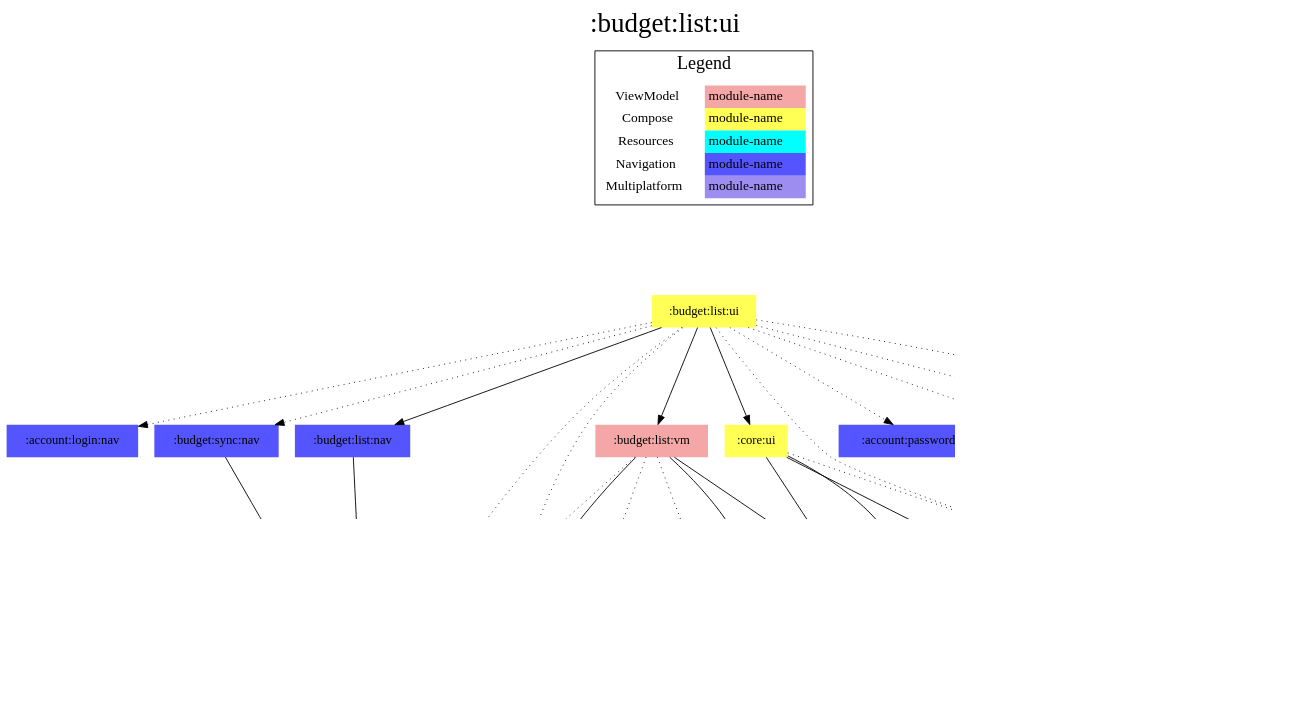
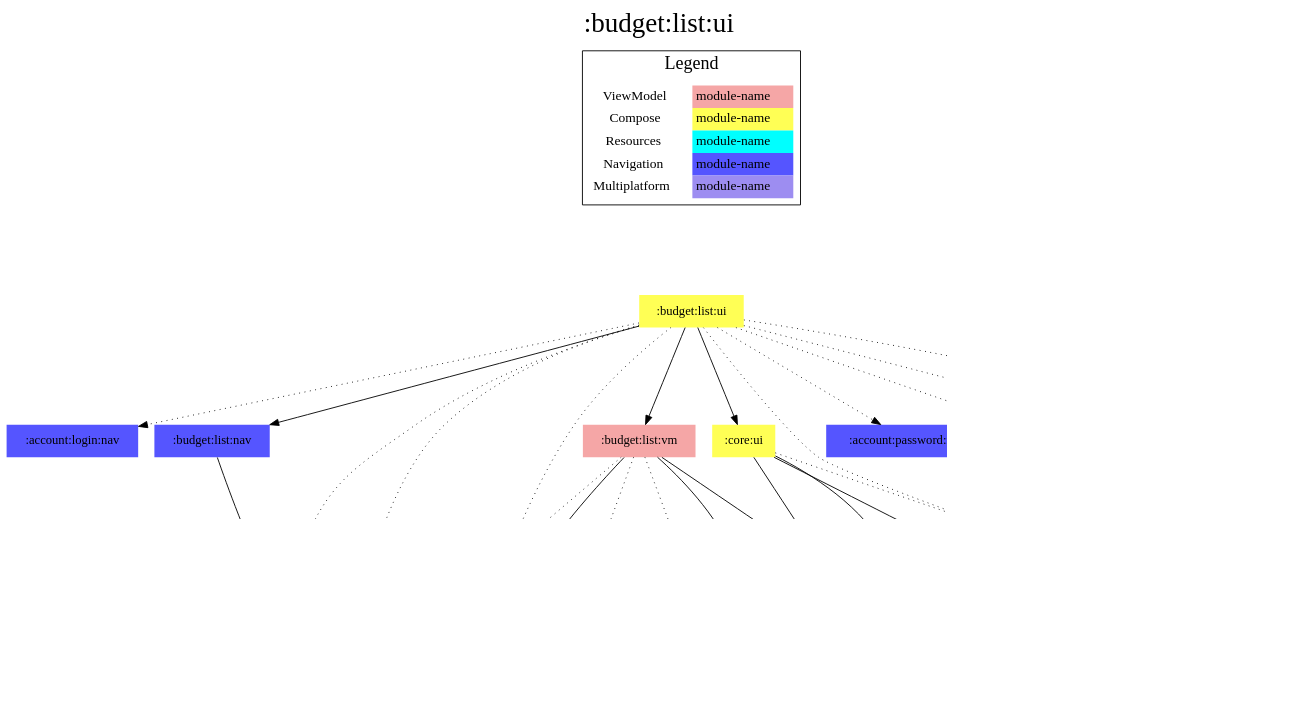
The diagram in modules/budget/list/ui/project-dependency-graph.dot (jonapoul/aktual), drawn with Graphviz before and after one commit. The commit also changed 51 other files, not shown here.

```diff
--- a/modules/budget/list/ui/project-dependency-graph.dot
+++ b/modules/budget/list/ui/project-dependency-graph.dot
@@ -1,70 +1,71 @@
 digraph {
 edge ["dir"="forward"]
 graph ["dpi"="100","label"=":budget:list:ui","labelloc"="t","fontsize"="30","ranksep"="1.5","rankdir"="TB"]
 node ["style"="filled"]
 ":account:login:nav" ["fillcolor"="#5555FF","shape"="none"]
 ":account:model" ["fillcolor"="#9D8DF1","shape"="none"]
 ":account:password:nav" ["fillcolor"="#5555FF","shape"="none"]
 ":api:actual" ["fillcolor"="#9D8DF1","shape"="none"]
 ":budget:list:nav" ["fillcolor"="#5555FF","shape"="none"]
 ":budget:list:res" ["fillcolor"="#00FFFF","shape"="none"]
 ":budget:list:ui" ["fillcolor"="#FFFF55","shape"="none"]
 ":budget:list:vm" ["fillcolor"="#F5A6A6","shape"="none"]
 ":budget:model" ["fillcolor"="#9D8DF1","shape"="none"]
 ":budget:sync:nav" ["fillcolor"="#5555FF","shape"="none"]
 ":codegen:annotation" ["fillcolor"="#9D8DF1","shape"="none"]
 ":core:colorscheme" ["fillcolor"="#9D8DF1","shape"="none"]
 ":core:res" ["fillcolor"="#00FFFF","shape"="none"]
 ":core:ui" ["fillcolor"="#FFFF55","shape"="none"]
 ":core:versions" ["fillcolor"="#9D8DF1","shape"="none"]
 ":settings:nav" ["fillcolor"="#5555FF","shape"="none"]
 ":url:model" ["fillcolor"="#9D8DF1","shape"="none"]
 ":url:nav" ["fillcolor"="#5555FF","shape"="none"]
 ":url:prefs" ["fillcolor"="#9D8DF1","shape"="none"]
 {
 edge ["dir"="none"]
 graph ["rank"="same"]
 }
 ":api:actual" -> ":account:model"
 ":api:actual" -> ":budget:model"
 ":api:actual" -> ":codegen:annotation" ["style"="dotted"]
 ":api:actual" -> ":url:model"
 ":budget:list:nav" -> ":account:model"
 ":budget:list:ui" -> ":account:login:nav" ["style"="dotted"]
 ":budget:list:ui" -> ":account:model" ["style"="dotted"]
 ":budget:list:ui" -> ":account:password:nav" ["style"="dotted"]
 ":budget:list:ui" -> ":budget:list:nav"
 ":budget:list:ui" -> ":budget:list:res" ["style"="dotted"]
 ":budget:list:ui" -> ":budget:list:vm"
 ":budget:list:ui" -> ":budget:model" ["style"="dotted"]
 ":budget:list:ui" -> ":budget:sync:nav" ["style"="dotted"]
 ":budget:list:ui" -> ":core:res" ["style"="dotted"]
 ":budget:list:ui" -> ":core:ui"
 ":budget:list:ui" -> ":settings:nav" ["style"="dotted"]
 ":budget:list:ui" -> ":url:nav" ["style"="dotted"]
 ":budget:list:vm" -> ":account:model" ["style"="dotted"]
 ":budget:list:vm" -> ":api:actual" ["style"="dotted"]
 ":budget:list:vm" -> ":budget:model"
 ":budget:list:vm" -> ":core:versions"
 ":budget:list:vm" -> ":url:model"
 ":budget:list:vm" -> ":url:prefs" ["style"="dotted"]
 ":budget:sync:nav" -> ":account:model"
+":budget:sync:nav" -> ":budget:model"
 ":core:ui" -> ":core:colorscheme"
 ":core:ui" -> ":core:res" ["style"="dotted"]
 ":core:ui" -> ":core:versions"
 ":core:ui" -> ":url:model"
 ":url:prefs" -> ":url:model"
 subgraph "cluster_legend" {
 edge ["dir"="none"]
 graph ["label"="Legend","fontsize"="20"]
 "Legend" ["style"="filled","fillcolor"="#FFFFFF","shape"="none","margin"="0","fontsize"="15","label"=<
 <TABLE BORDER="0" CELLBORDER="0" CELLSPACING="0" CELLPADDING="4">
 <TR><TD>ViewModel</TD><TD BGCOLOR="#F5A6A6">module-name</TD></TR>
 <TR><TD>Compose</TD><TD BGCOLOR="#FFFF55">module-name</TD></TR>
 <TR><TD>Resources</TD><TD BGCOLOR="#00FFFF">module-name</TD></TR>
 <TR><TD>Navigation</TD><TD BGCOLOR="#5555FF">module-name</TD></TR>
 <TR><TD>Multiplatform</TD><TD BGCOLOR="#9D8DF1">module-name</TD></TR>
 </TABLE>
 >]
 } -> ":budget:list:ui" ["style"="invis"]
 }
```
